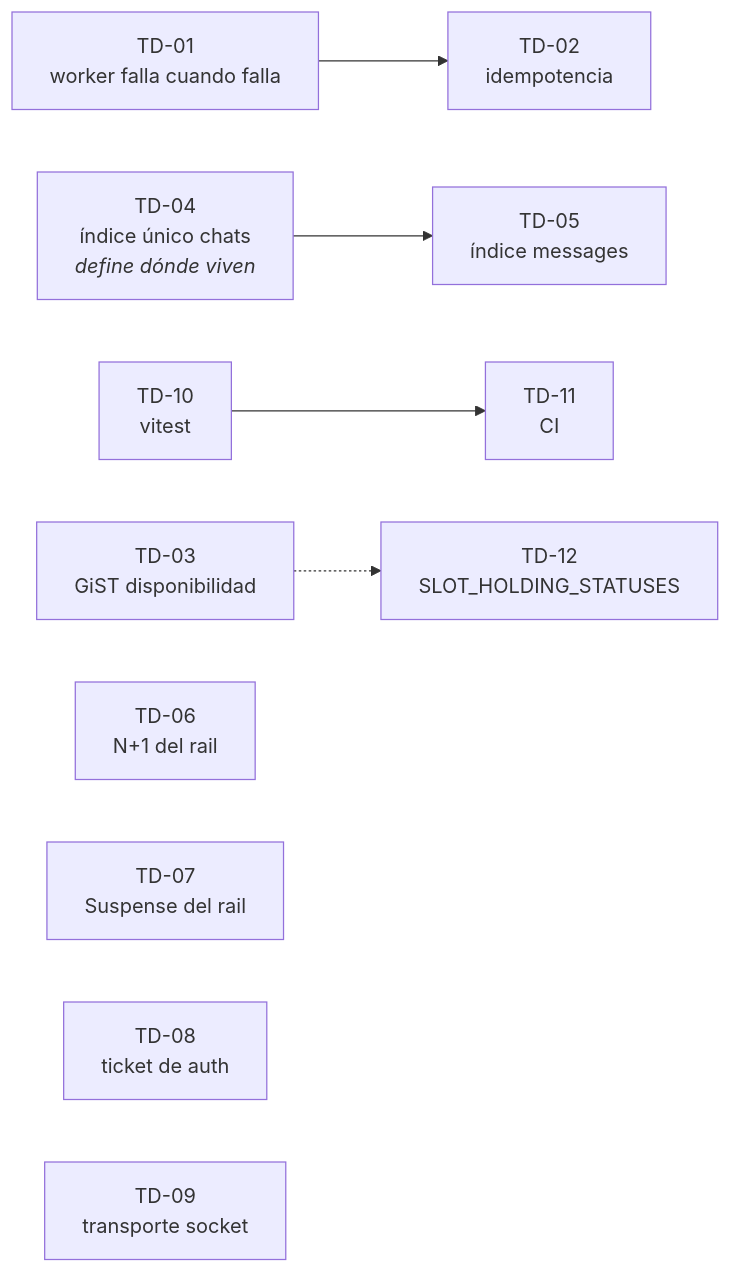
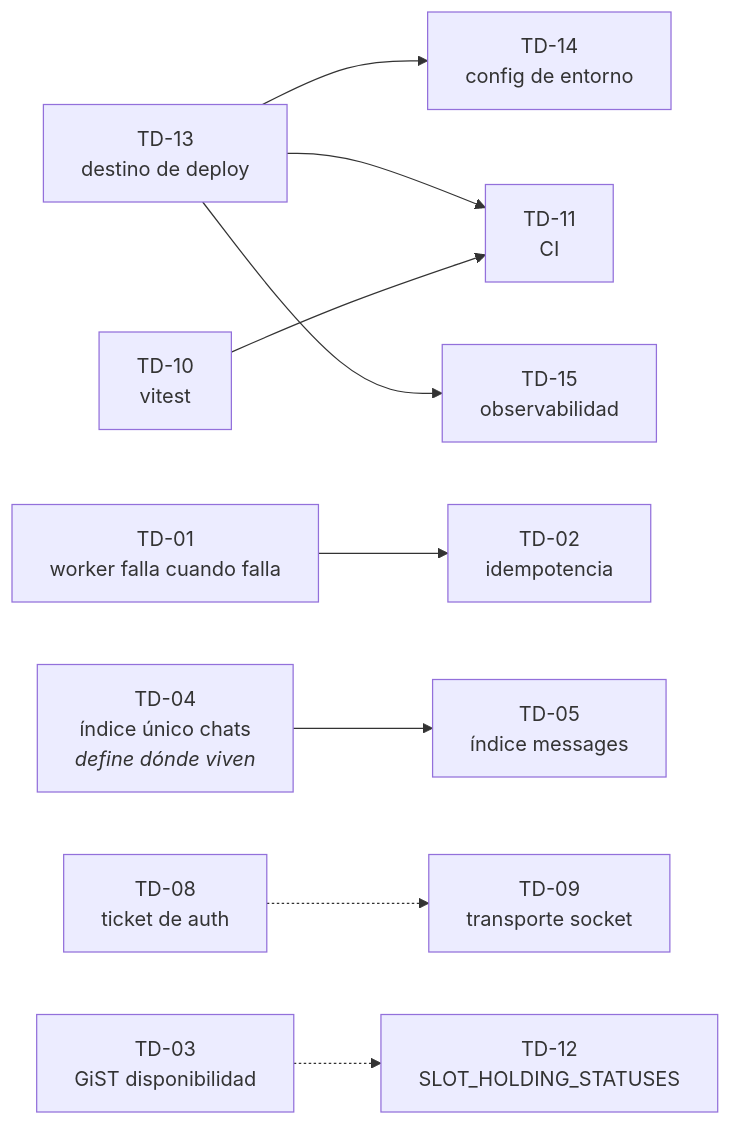
Before and after one commit to agustisera1/bookings_app: the second of 2 diagrams in docs/tickets/README.md, drawn with Mermaid. The commit also changed other lines of this file and 12 other files, not shown here.

````diff
--- a/docs/tickets/README.md
+++ b/docs/tickets/README.md
@@ -45,12 +135,11 @@
 ```mermaid
 graph LR
+  TD13["TD-13<br/>destino de deploy"] --> TD14["TD-14<br/>config de entorno"]
+  TD13 --> TD11["TD-11<br/>CI"]
+  TD13 --> TD15["TD-15<br/>observabilidad"]
   TD01["TD-01<br/>worker falla cuando falla"] --> TD02["TD-02<br/>idempotencia"]
   TD04["TD-04<br/>índice único chats<br/><i>define dónde viven</i>"] --> TD05["TD-05<br/>índice messages"]
-  TD10["TD-10<br/>vitest"] --> TD11["TD-11<br/>CI"]
+  TD10["TD-10<br/>vitest"] --> TD11
+  TD08["TD-08<br/>ticket de auth"] -.-> TD09["TD-09<br/>transporte socket"]
   TD03["TD-03<br/>GiST disponibilidad"] -.-> TD12["TD-12<br/>SLOT_HOLDING_STATUSES"]
-
-  TD06["TD-06<br/>N+1 del rail"]
-  TD07["TD-07<br/>Suspense del rail"]
-  TD08["TD-08<br/>ticket de auth"]
-  TD09["TD-09<br/>transporte socket"]
 ```
````
